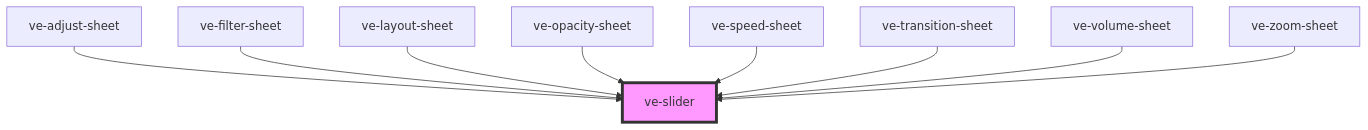
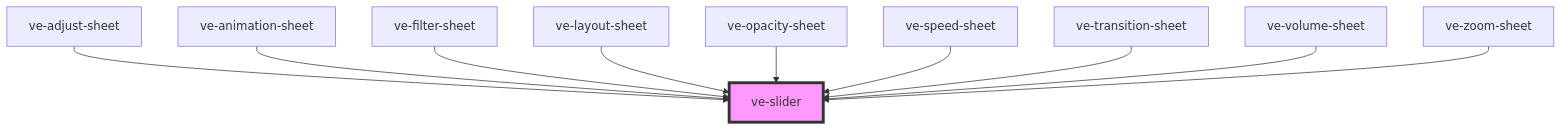
One commit to dotnetdreamer/capacitor-video-kit changed the diagram in src/components/ve-slider/readme.md. Above: the diagram before and after it, drawn with Mermaid. The commit also changed other lines of this file and 81 other files, not shown here.

````diff
--- a/src/components/ve-slider/readme.md
+++ b/src/components/ve-slider/readme.md
@@ -87,12 +88,13 @@
 ```mermaid
 graph TD;
   ve-adjust-sheet --> ve-slider
+  ve-animation-sheet --> ve-slider
   ve-filter-sheet --> ve-slider
   ve-layout-sheet --> ve-slider
   ve-opacity-sheet --> ve-slider
   ve-speed-sheet --> ve-slider
   ve-transition-sheet --> ve-slider
   ve-volume-sheet --> ve-slider
   ve-zoom-sheet --> ve-slider
   style ve-slider fill:#f9f,stroke:#333,stroke-width:4px
 ```
````
